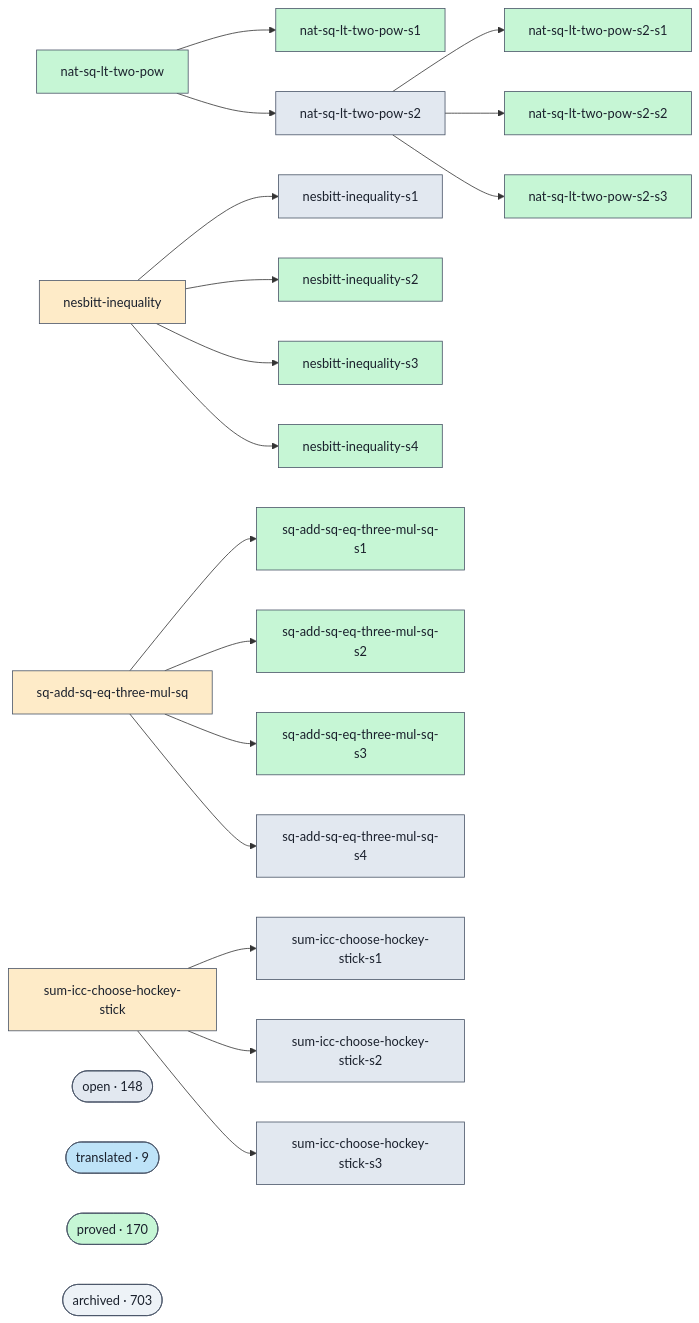
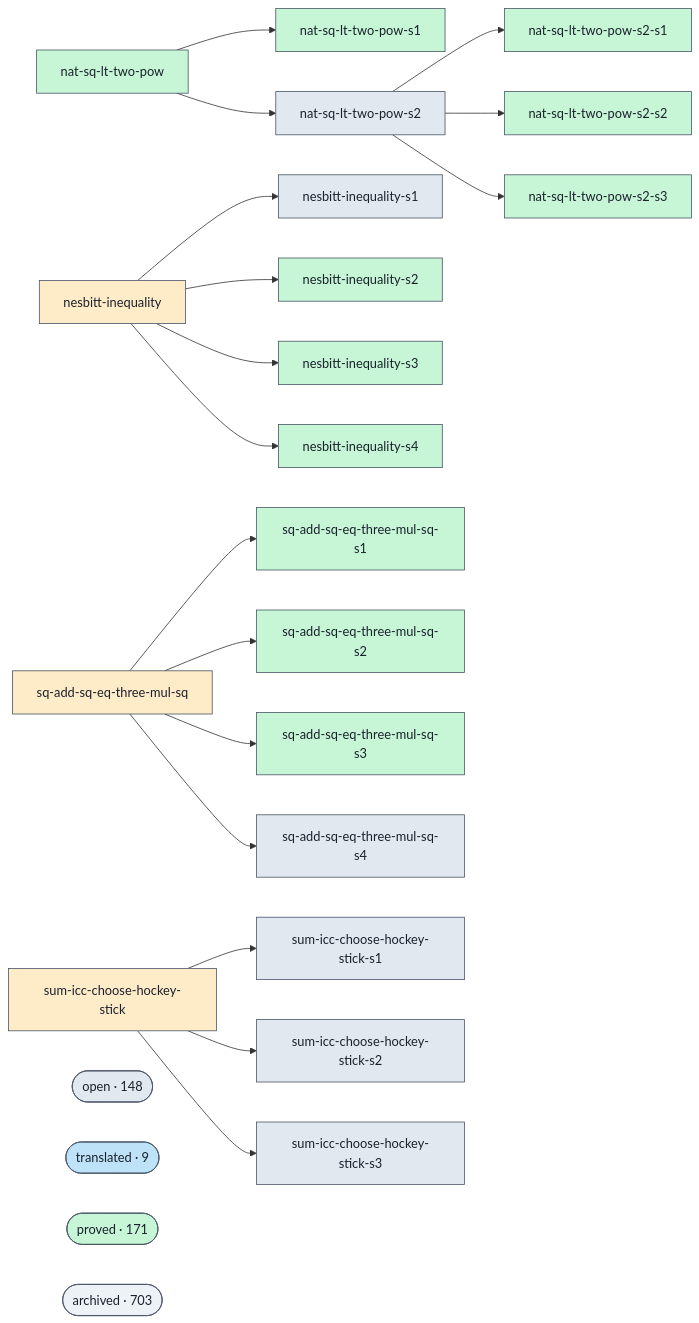
The diagram in docs/proofs-contributors-visualisation.md (Rauxon/unsorry), drawn with Mermaid before and after one commit. The commit also changed other lines of this file and 2 other files, not shown here.

```diff
--- a/docs/proofs-contributors-visualisation.md
+++ b/docs/proofs-contributors-visualisation.md
@@ -102,7 +102,7 @@
   class cluster_open open;
   cluster_translated(["translated · 9"])
   class cluster_translated translated;
-  cluster_proved(["proved · 170"])
+  cluster_proved(["proved · 171"])
   class cluster_proved proved;
   cluster_archived(["archived · 703"])
   class cluster_archived unknown;
```
